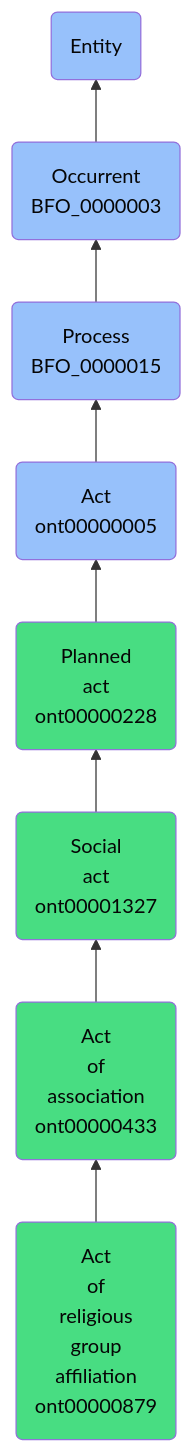
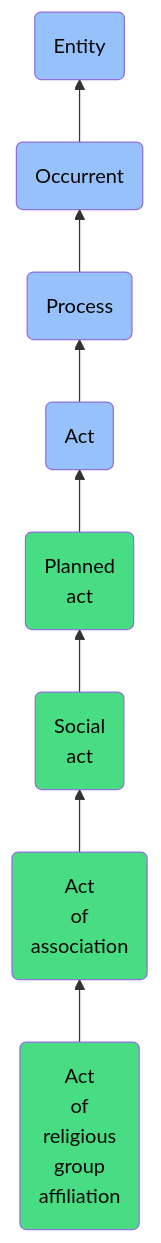
One commit to jupyter-naas/abi changed the diagram in docs/ontology/reference/model/Entity/Occurrent/Process/Act/Planned act/Social act/Act of association/Act of religious group affiliation/Act of religious group affiliation.md. Above: the diagram before and after it, drawn with Mermaid. The commit also changed other lines of this file and 1430 other files, not shown here.

````diff
--- a/docs/ontology/reference/model/Entity/Occurrent/Process/Act/Planned act/Social act/Act of association/Act of religious group affiliation/Act of religious group affiliation.md
+++ b/docs/ontology/reference/model/Entity/Occurrent/Process/Act/Planned act/Social act/Act of association/Act of religious group affiliation/Act of religious group affiliation.md
@@ -24,15 +24,15 @@
 ```mermaid
 graph BT
-    ont00000879(Act<br>of<br>religious<br>group<br>affiliation<br>ont00000879):::ABI-->ont00000433
-    ont00000433(Act<br>of<br>association<br>ont00000433):::ABI-->ont00001327
-    ont00001327(Social<br>act<br>ont00001327):::ABI-->ont00000228
-    ont00000228(Planned<br>act<br>ont00000228):::ABI-->ont00000005
-    ont00000005(Act<br>ont00000005):::BFO-->BFO_0000015
-    BFO_0000015(Process<br>BFO_0000015):::BFO-->BFO_0000003
-    BFO_0000003(Occurrent<br>BFO_0000003):::BFO-->BFO_0000001
+    ont00000879(Act<br>of<br>religious<br>group<br>affiliation):::ABI-->ont00000433
+    ont00000433(Act<br>of<br>association):::ABI-->ont00001327
+    ont00001327(Social<br>act):::ABI-->ont00000228
+    ont00000228(Planned<br>act):::ABI-->ont00000005
+    ont00000005(Act):::BFO-->BFO_0000015
+    BFO_0000015(Process):::BFO-->BFO_0000003
+    BFO_0000003(Occurrent):::BFO-->BFO_0000001
     BFO_0000001(Entity):::BFO
     
     classDef BFO fill:#97c1fb,color:#060606
     classDef CCO fill:#e4c51e,color:#060606
     classDef ABI fill:#48DD82,color:#060606
 ```
````
